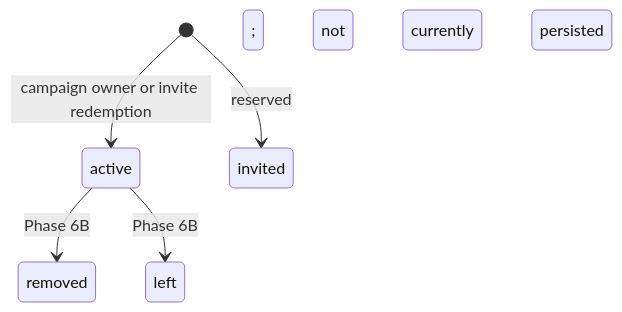
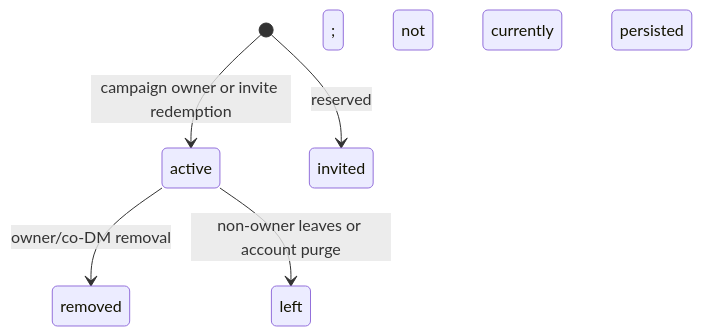
The third of 7 diagrams in docs/hub/domain-model.md (TrueMichato/ThelemarTools), drawn with Mermaid before and after one commit. The commit also changed other lines of this file and 23 other files, not shown here.

````diff
--- a/docs/hub/domain-model.md
+++ b/docs/hub/domain-model.md
@@ -112,7 +126,7 @@
 ```mermaid
 stateDiagram-v2
   [*] --> active: campaign owner or invite redemption
-  active --> removed: Phase 6B
-  active --> left: Phase 6B
+  active --> removed: owner/co-DM removal
+  active --> left: non-owner leaves or account purge
   [*] --> invited: reserved; not currently persisted
 ```
````
